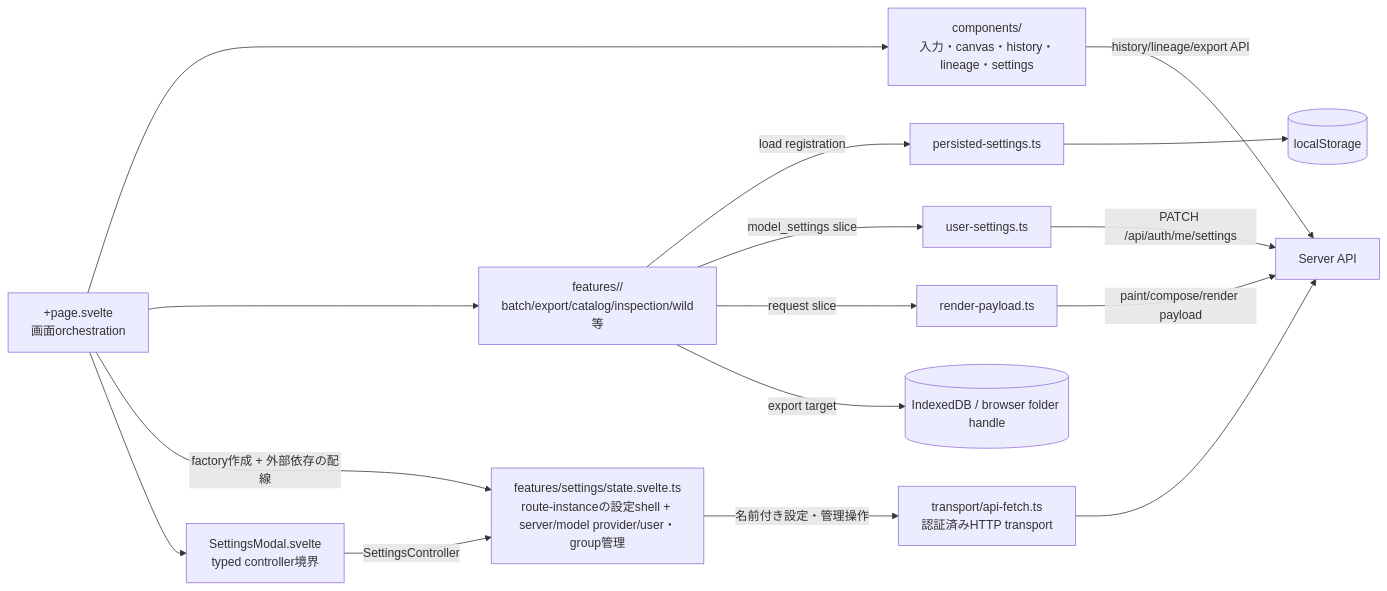
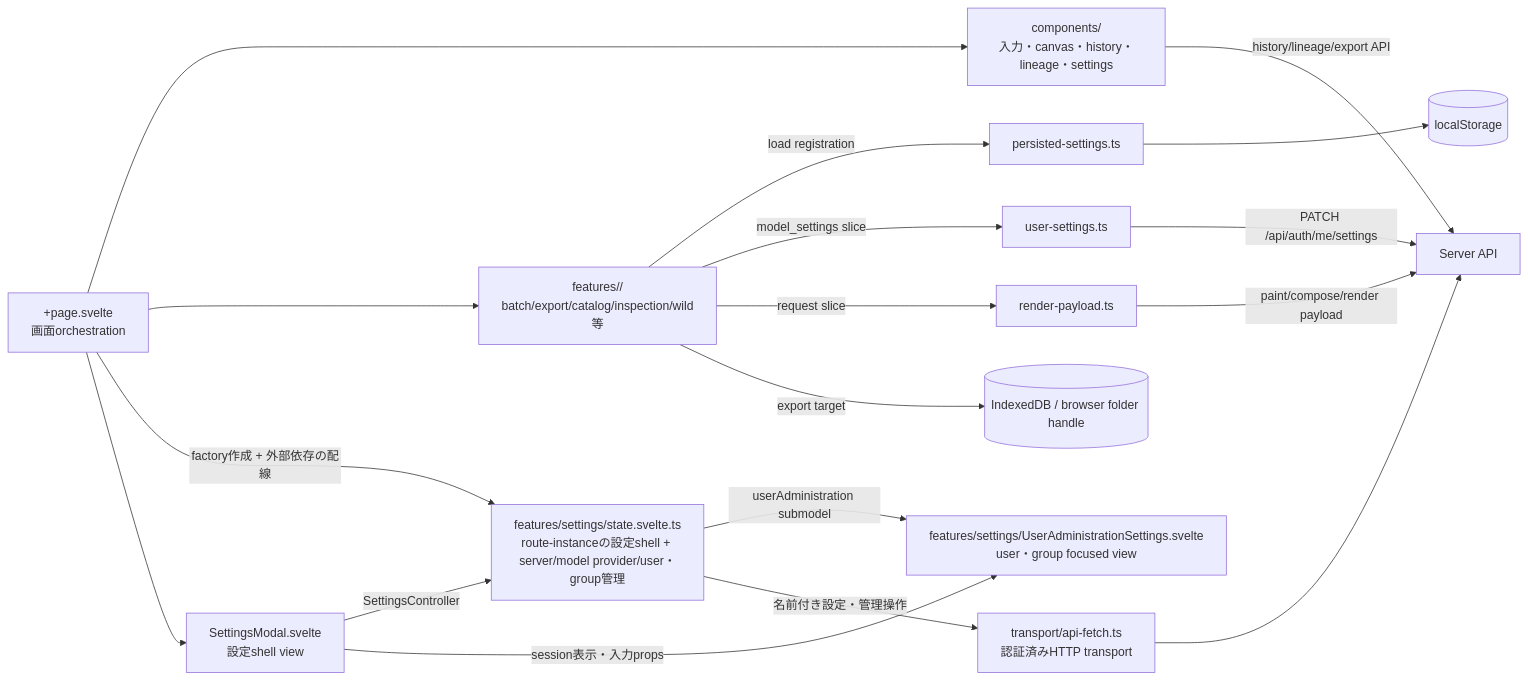
Before and after one commit to oikawas/inku-lang: the second of 2 diagrams in docs/architecture/client-boundaries.ja.md, drawn with Mermaid. The commit also changed other lines of this file and 7 other files, not shown here.

Commit message:
refactor(web): extract user administration settings view

````diff
--- a/docs/architecture/client-boundaries.ja.md
+++ b/docs/architecture/client-boundaries.ja.md
@@ -31,31 +31,34 @@
 ```mermaid
 flowchart LR
     PAGE["+page.svelte\n画面orchestration"]
     COMPONENTS["components/\n入力・canvas・history・lineage・settings"]
     FEATURES["features/<name>/\nbatch/export/catalog/inspection/wild等"]
     SETTINGS["features/settings/state.svelte.ts\nroute-instanceの設定shell + server/model provider/user・group管理"]
-    SETTINGS_MODAL["SettingsModal.svelte\ntyped controller境界"]
+    SETTINGS_MODAL["SettingsModal.svelte\n設定shell view"]
+    USER_ADMIN_VIEW["features/settings/UserAdministrationSettings.svelte\nuser・group focused view"]
     TRANSPORT["transport/api-fetch.ts\n認証済みHTTP transport"]
     PERSIST["persisted-settings.ts"]
     USERSET["user-settings.ts"]
     PAYLOAD["render-payload.ts"]
     LOCAL[("localStorage")]
     INDEXED[("IndexedDB / browser folder handle")]
     API["Server API"]
 
     PAGE --> COMPONENTS
     PAGE --> FEATURES
     PAGE -->|"factory作成 + 外部依存の配線"| SETTINGS
     PAGE --> SETTINGS_MODAL
     SETTINGS_MODAL -->|"SettingsController"| SETTINGS
+    SETTINGS_MODAL -->|"session表示・入力props"| USER_ADMIN_VIEW
+    SETTINGS -->|"userAdministration submodel"| USER_ADMIN_VIEW
     SETTINGS -->|"名前付き設定・管理操作"| TRANSPORT
     TRANSPORT --> API
     FEATURES -->|"load registration"| PERSIST
     FEATURES -->|"model_settings slice"| USERSET
     FEATURES -->|"request slice"| PAYLOAD
     PERSIST --> LOCAL
     USERSET -->|"PATCH /api/auth/me/settings"| API
     PAYLOAD -->|"paint/compose/render payload"| API
     FEATURES -->|"export target"| INDEXED
     COMPONENTS -->|"history/lineage/export API"| API
 ```
````
